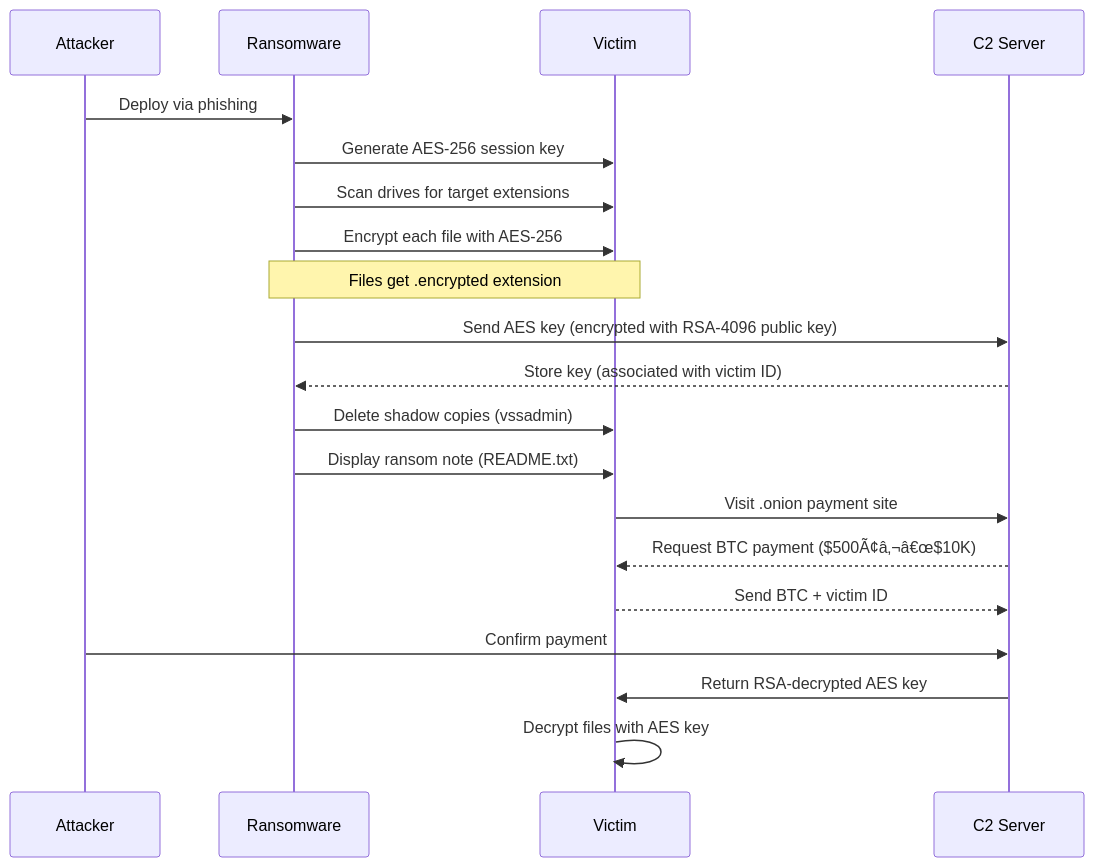
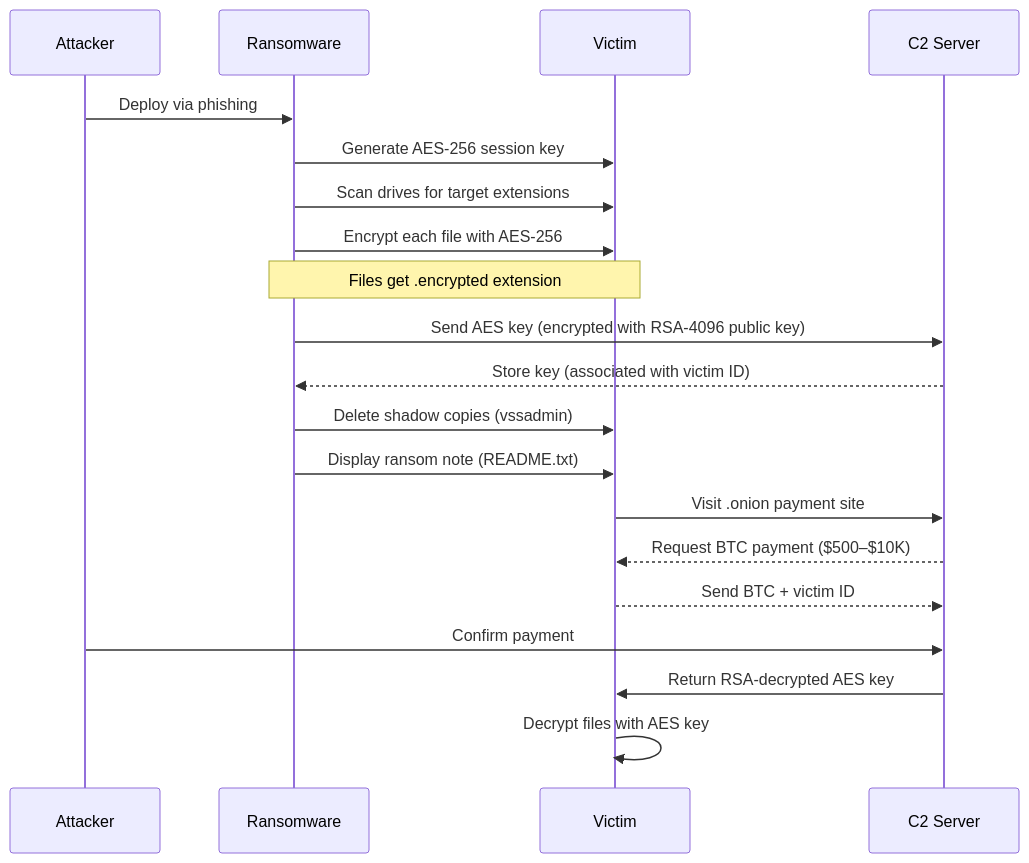
The fifth of 5 diagrams in docs/courses/cyber-security/04-system-software.md (Raushan666java/ai-engineering-journey), drawn with Mermaid before and after one commit. The commit also changed other lines of this file and 965 other files, not shown here.

````diff
--- a/docs/courses/cyber-security/04-system-software.md
+++ b/docs/courses/cyber-security/04-system-software.md
@@ -3212,23 +3212,23 @@
 ```mermaid
 sequenceDiagram
     participant Attacker
     participant Ransomware
     participant Victim
     participant C2 Server
 
     Attacker->>Ransomware: Deploy via phishing
     Ransomware->>Victim: Generate AES-256 session key
     Ransomware->>Victim: Scan drives for target extensions
     Ransomware->>Victim: Encrypt each file with AES-256
     Note over Ransomware,Victim: Files get .encrypted extension
     Ransomware->>C2 Server: Send AES key (encrypted with RSA-4096 public key)
     C2 Server-->>Ransomware: Store key (associated with victim ID)
     Ransomware->>Victim: Delete shadow copies (vssadmin)
     Ransomware->>Victim: Display ransom note (README.txt)
     Victim->>C2 Server: Visit .onion payment site
-    C2 Server-->>Victim: Request BTC payment ($500Ã¢â‚¬â€œ$10K)
+    C2 Server-->>Victim: Request BTC payment ($500–$10K)
     Victim-->>C2 Server: Send BTC + victim ID
     Attacker->>C2 Server: Confirm payment
     C2 Server->>Victim: Return RSA-decrypted AES key
     Victim->>Victim: Decrypt files with AES key
 ```
````
